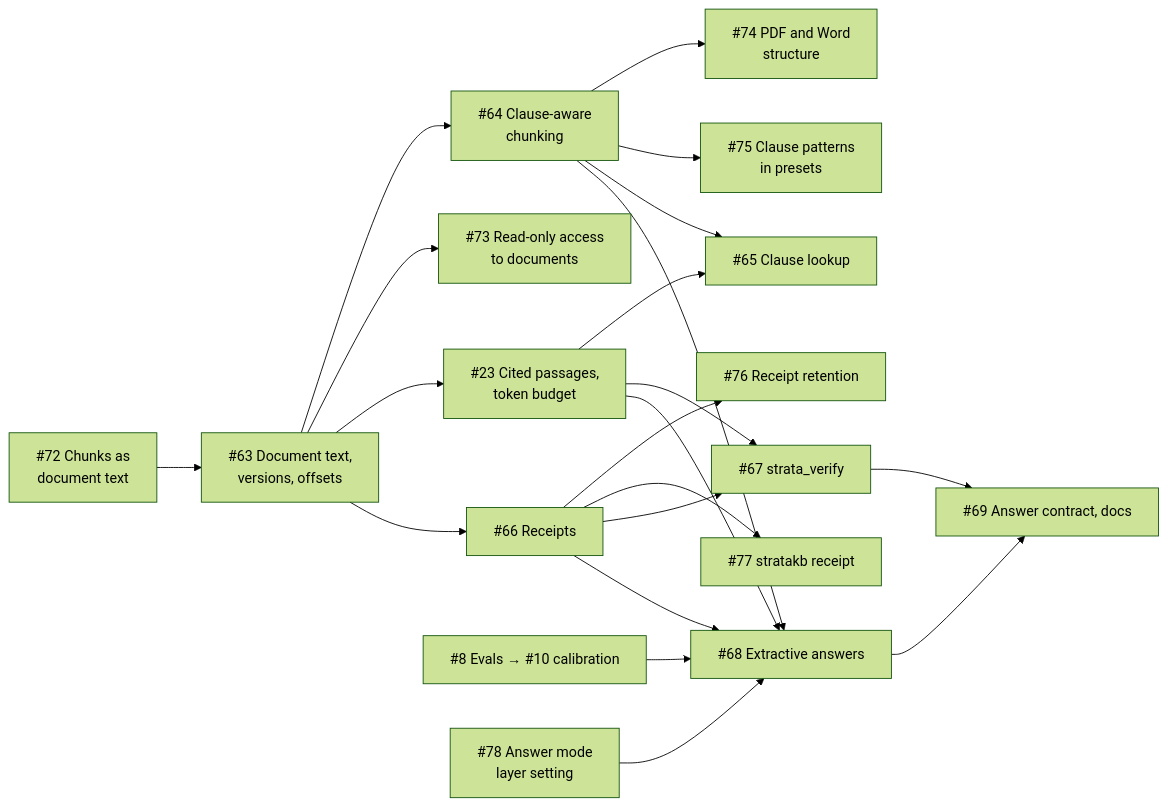
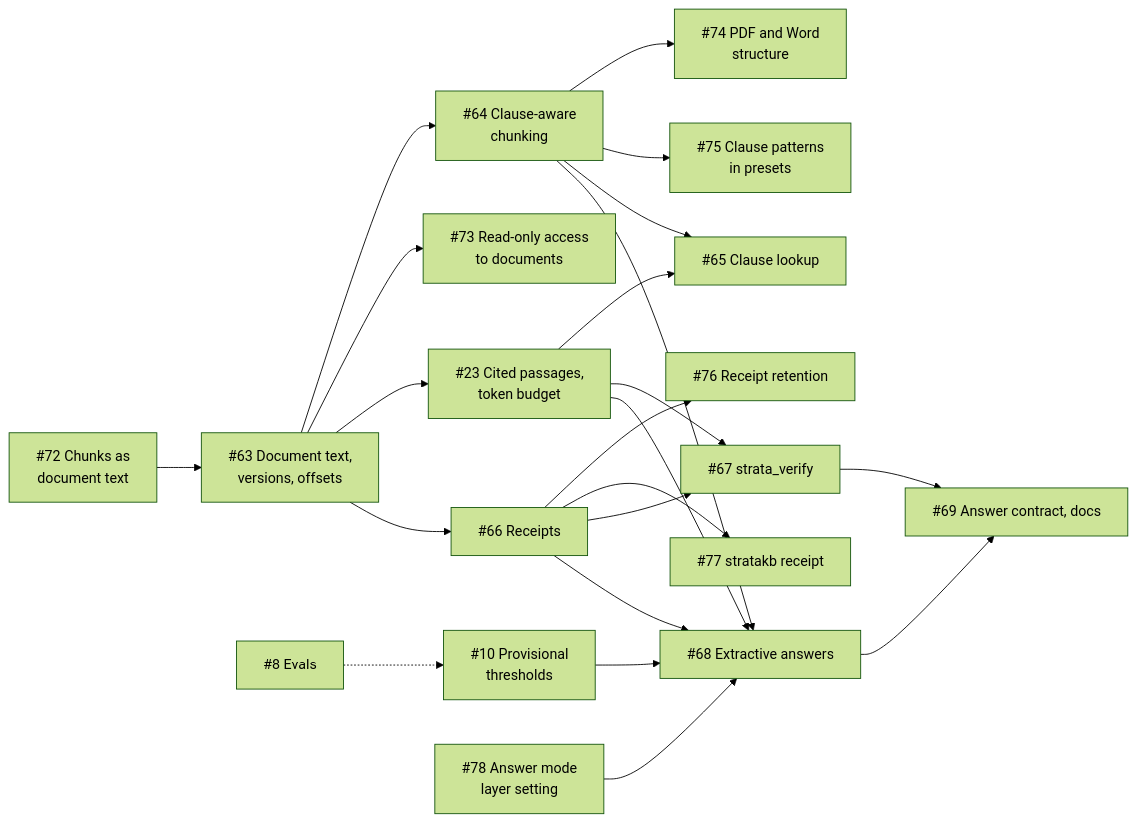
Before and after one commit to boudou/StrataKB: the third of 3 diagrams in docs/IMPROVEMENTS.md, drawn with Mermaid (forest theme). The commit also changed other lines of this file and 122 other files, not shown here.

First line of the commit message:
Backlog run 2026-11-06: document structure, extractive answers, answer contract and follow-ups (#218)

````diff
--- a/docs/IMPROVEMENTS.md
+++ b/docs/IMPROVEMENTS.md
@@ -56,23 +56,24 @@
 ```mermaid
 flowchart LR
     p["#72 Chunks as<br/>document text"] --> d["#63 Document text,<br/>versions, offsets"]
     d --> c["#64 Clause-aware<br/>chunking"]
     d --> ro["#73 Read-only access<br/>to documents"]
     c --> ps["#74 PDF and Word<br/>structure"]
     c --> cp["#75 Clause patterns<br/>in presets"]
     c --> l["#65 Clause lookup"]
     d --> r["#23 Cited passages,<br/>token budget"]
     d --> rc["#66 Receipts"]
     r --> l
     rc --> ret["#76 Receipt retention"]
     rc --> cli["#77 stratakb receipt"]
     r --> v["#67 strata_verify"]
     rc --> v
-    e["#8 Evals → #10 calibration"] --> x["#68 Extractive answers"]
+    cal["#10 Provisional<br/>thresholds"] --> x["#68 Extractive answers"]
+    e["#8 Evals"] -.-> cal
     r --> x
     rc --> x
     c --> x
     am["#78 Answer mode<br/>layer setting"] --> x
     v --> k["#69 Answer contract, docs"]
     x --> k
 ```
````
